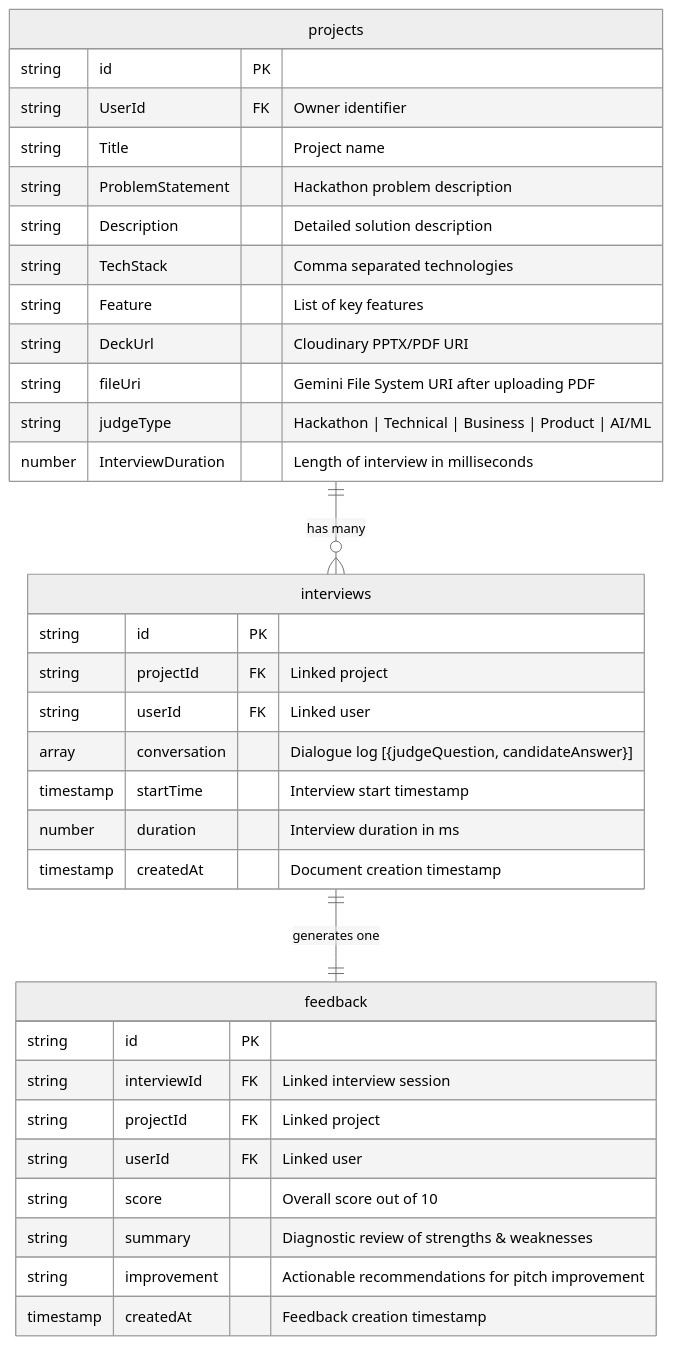
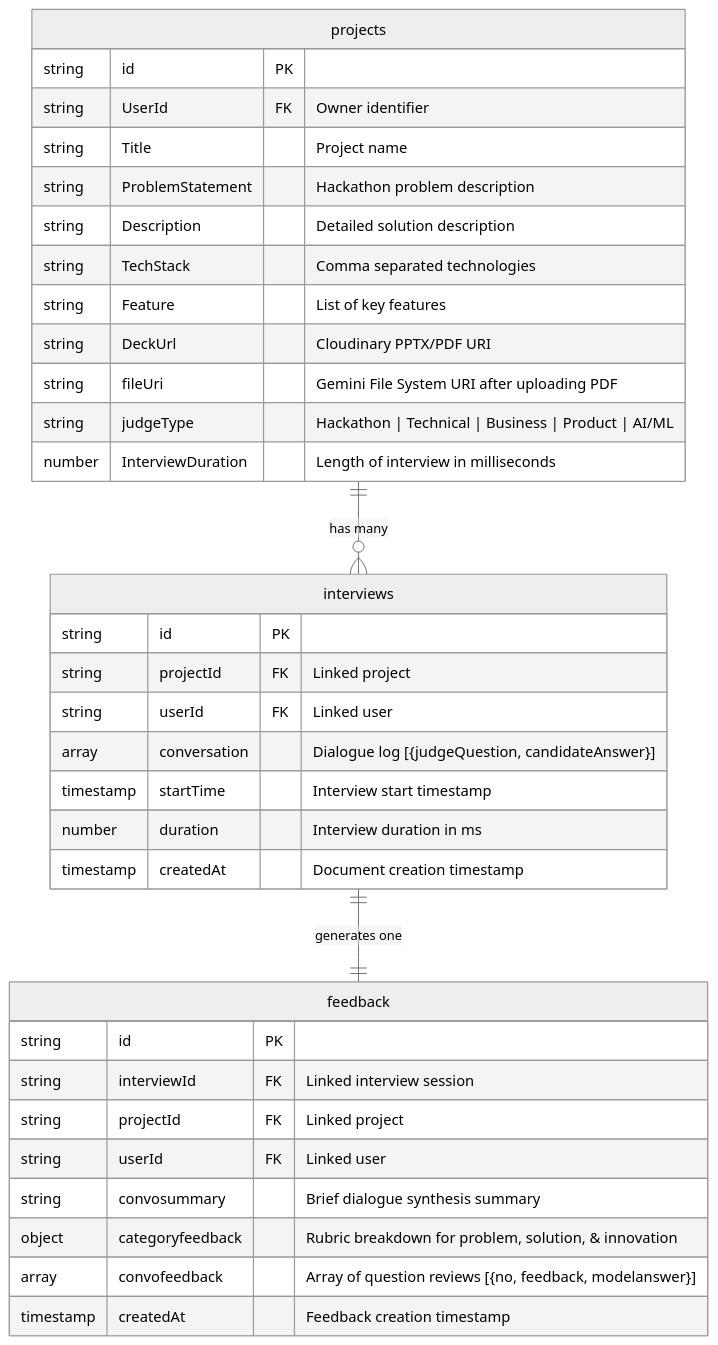
Before and after one commit to rashmichoudhary13/HackJudge: the fourth of 4 diagrams in architecture_diagram.md, drawn with Mermaid (neutral theme). The commit also changed other lines of this file and 12 other files, not shown here.

````diff
--- a/architecture_diagram.md
+++ b/architecture_diagram.md
@@ -147,40 +152,40 @@
 ```mermaid
 erDiagram
     projects {
         string id PK
         string UserId FK "Owner identifier"
         string Title "Project name"
         string ProblemStatement "Hackathon problem description"
         string Description "Detailed solution description"
         string TechStack "Comma separated technologies"
         string Feature "List of key features"
         string DeckUrl "Cloudinary PPTX/PDF URI"
         string fileUri "Gemini File System URI after uploading PDF"
         string judgeType "Hackathon | Technical | Business | Product | AI/ML"
         number InterviewDuration "Length of interview in milliseconds"
     }
 
     interviews {
         string id PK
         string projectId FK "Linked project"
         string userId FK "Linked user"
         array conversation "Dialogue log [{judgeQuestion, candidateAnswer}]"
         timestamp startTime "Interview start timestamp"
         number duration "Interview duration in ms"
         timestamp createdAt "Document creation timestamp"
     }
 
     feedback {
         string id PK
         string interviewId FK "Linked interview session"
         string projectId FK "Linked project"
         string userId FK "Linked user"
-        string score "Overall score out of 10"
-        string summary "Diagnostic review of strengths & weaknesses"
-        string improvement "Actionable recommendations for pitch improvement"
+        string convosummary "Brief dialogue synthesis summary"
+        object categoryfeedback "Rubric breakdown for problem, solution, & innovation"
+        array convofeedback "Array of question reviews [{no, feedback, modelanswer}]"
         timestamp createdAt "Feedback creation timestamp"
     }
 
     projects ||--o{ interviews : "has many"
     interviews ||--|| feedback : "generates one"
 ```
````
